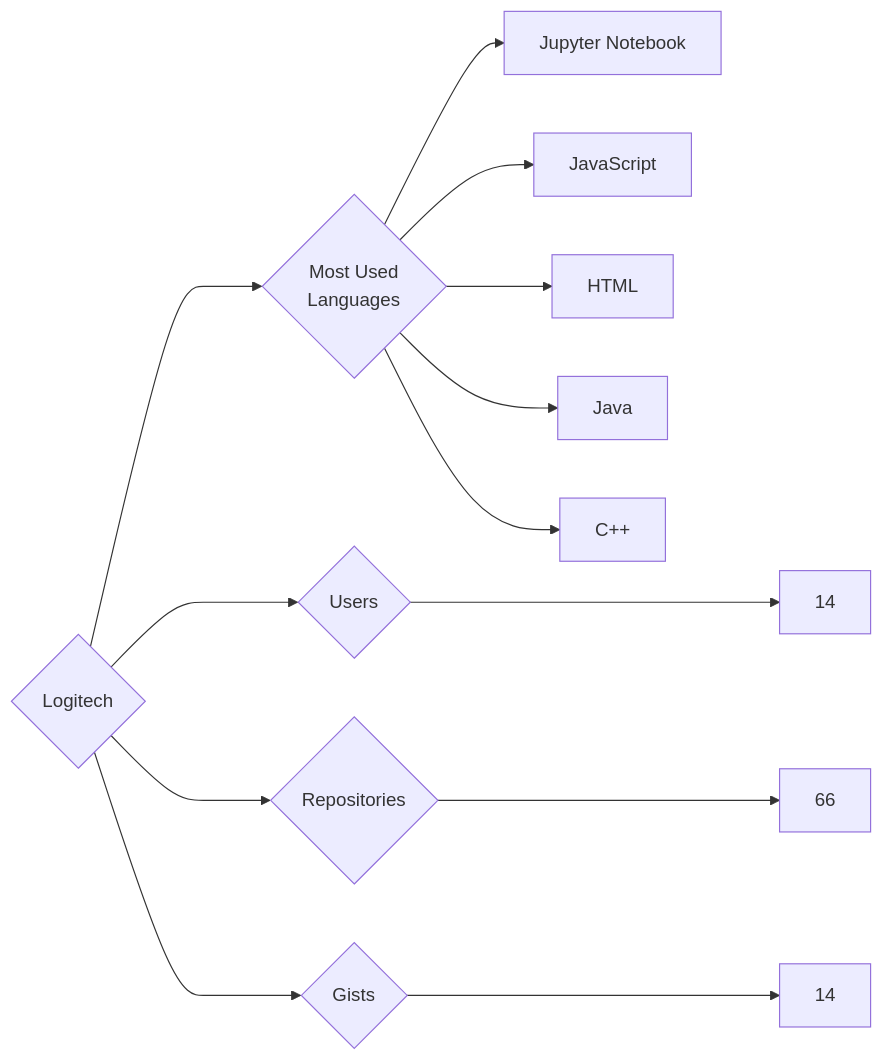
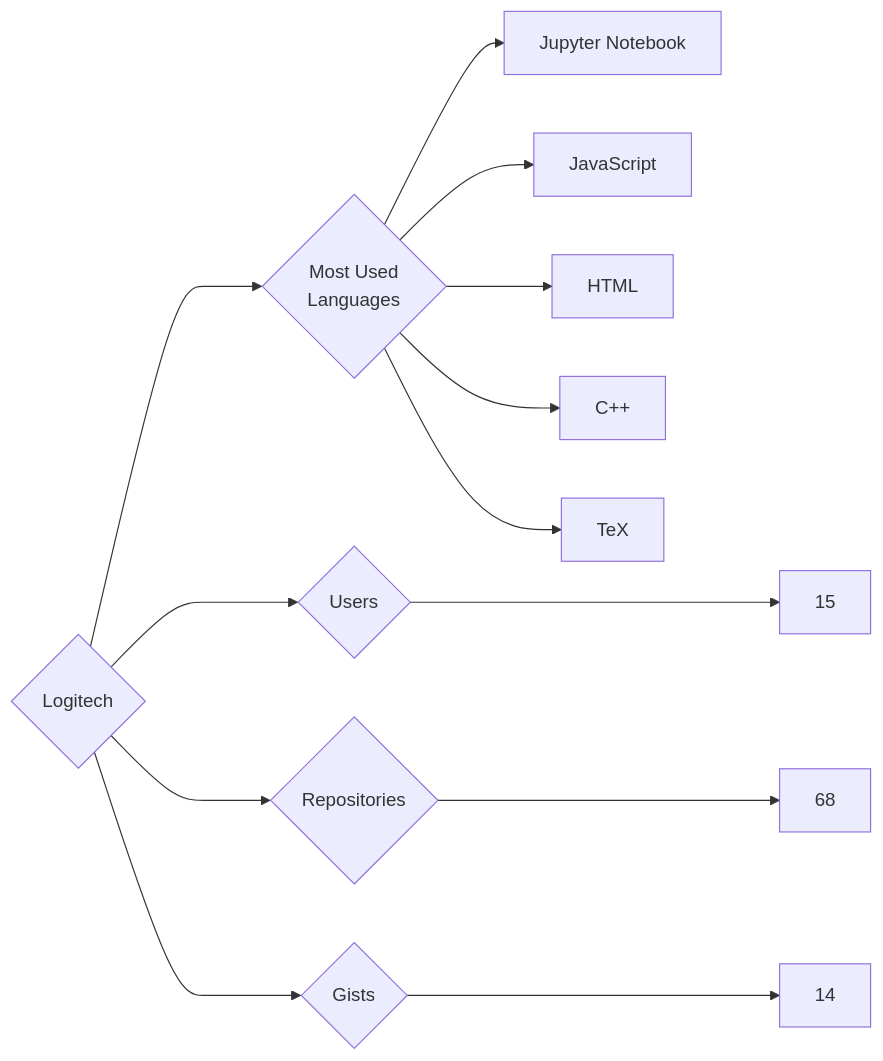
Before and after one commit to trickest/insiders: the diagram in targets/Logitech/README.md, drawn with Mermaid. The commit also changed 914 other files, not shown here.

````diff
--- a/targets/Logitech/README.md
+++ b/targets/Logitech/README.md
@@ -3,13 +3,13 @@
 ```mermaid
 graph LR
 COMPANY_NAME{Logitech}
-COMPANY_NAME ---> U{Users} ---> UN[14]
-COMPANY_NAME ---> R{Repositories} ---> RN[66]
+COMPANY_NAME ---> U{Users} ---> UN[15]
+COMPANY_NAME ---> R{Repositories} ---> RN[68]
 COMPANY_NAME ---> G{Gists} ---> GN[14]
 COMPANY_NAME ---> ML{Most Used<br>Languages}
 ML --> Jupyter_Notebook[Jupyter Notebook]
 ML --> JavaScript[JavaScript]
 ML --> HTML[HTML]
-ML --> Java[Java]
 ML --> C++[C++]
+ML --> TeX[TeX]
 ```
````
